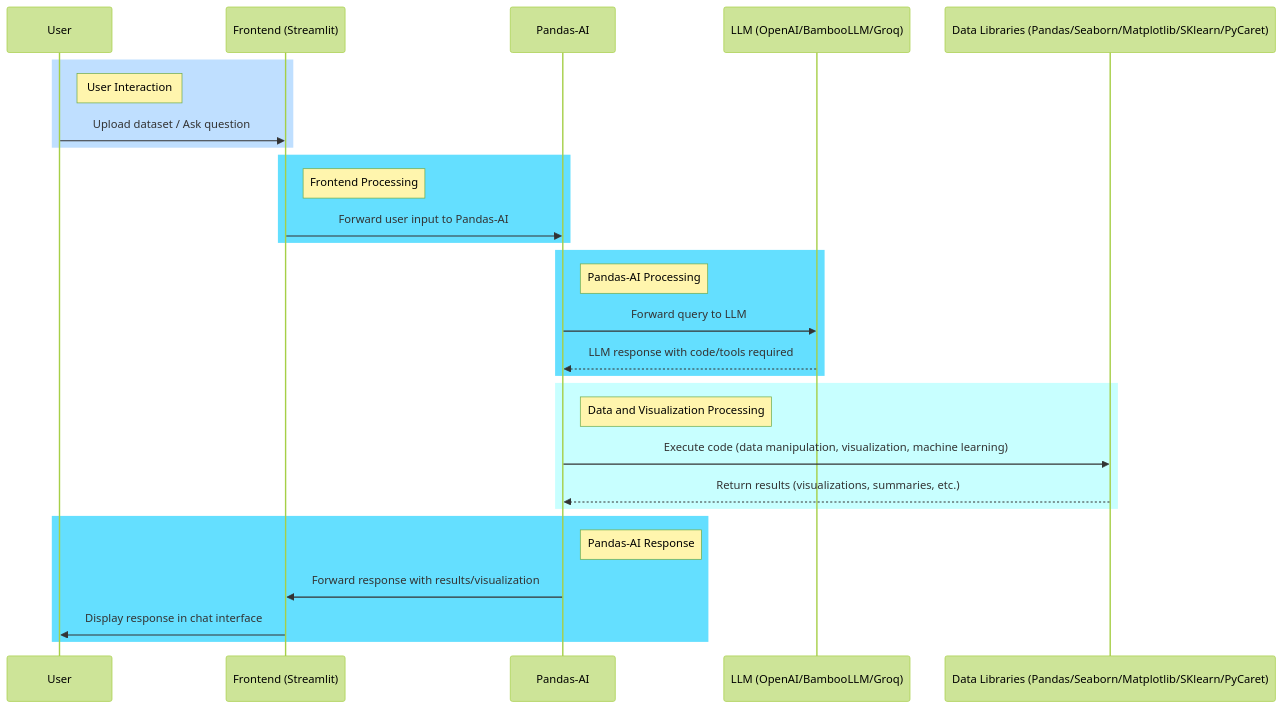
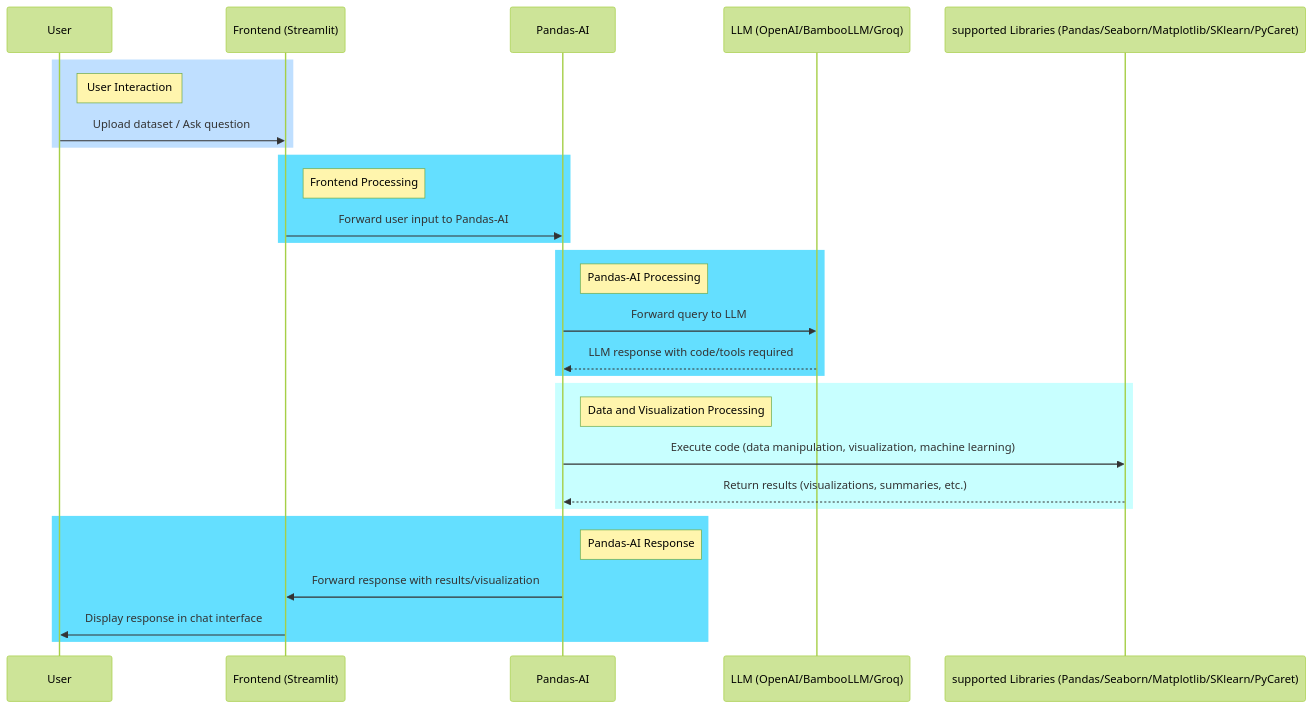
Before and after one commit to goeckslab/ChatAnalysis: the diagram in seq_diagram.md, drawn with Mermaid (forest theme).

````diff
--- a/seq_diagram.md
+++ b/seq_diagram.md
@@ -1,36 +1,36 @@
 ```mermaid
 sequenceDiagram
     participant U as User
     participant F as Frontend (Streamlit)
     participant P as Pandas-AI
     participant L as LLM (OpenAI/BambooLLM/Groq)
-    participant D as Data Libraries (Pandas/Seaborn/Matplotlib/SKlearn/PyCaret)
+    participant D as supported Libraries (Pandas/Seaborn/Matplotlib/SKlearn/PyCaret)
     
     rect rgb(191, 223, 255)
     note right of U: User Interaction
         U->>F: Upload dataset / Ask question
     end
     
     rect rgb(100, 223, 255)
     note right of F: Frontend Processing
         F->>P: Forward user input to Pandas-AI
     end
     
     rect rgb(100, 223, 255)
     note right of P: Pandas-AI Processing
         P->>L: Forward query to LLM
         L-->>P: LLM response with code/tools required
     end
     
     rect rgb(200, 255, 255)
     note right of P: Data and Visualization Processing
         P->>D: Execute code (data manipulation, visualization, machine learning)
         D-->>P: Return results (visualizations, summaries, etc.)
     end
     
     rect rgb(100, 223, 255)
     note right of P: Pandas-AI Response
         P->>F: Forward response with results/visualization
         F->>U: Display response in chat interface
     end
 ```
````
